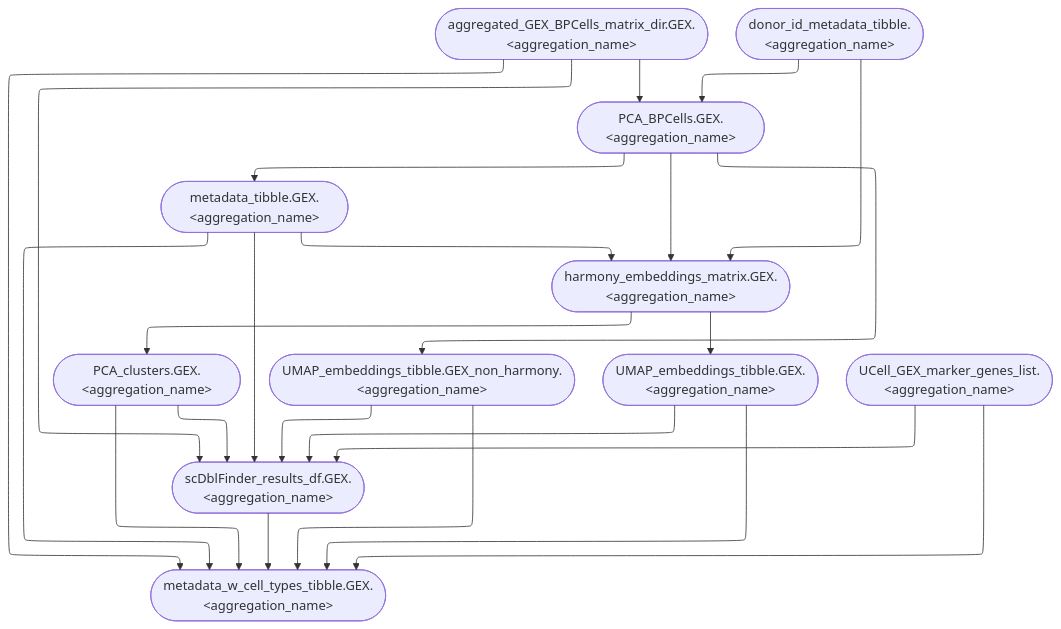
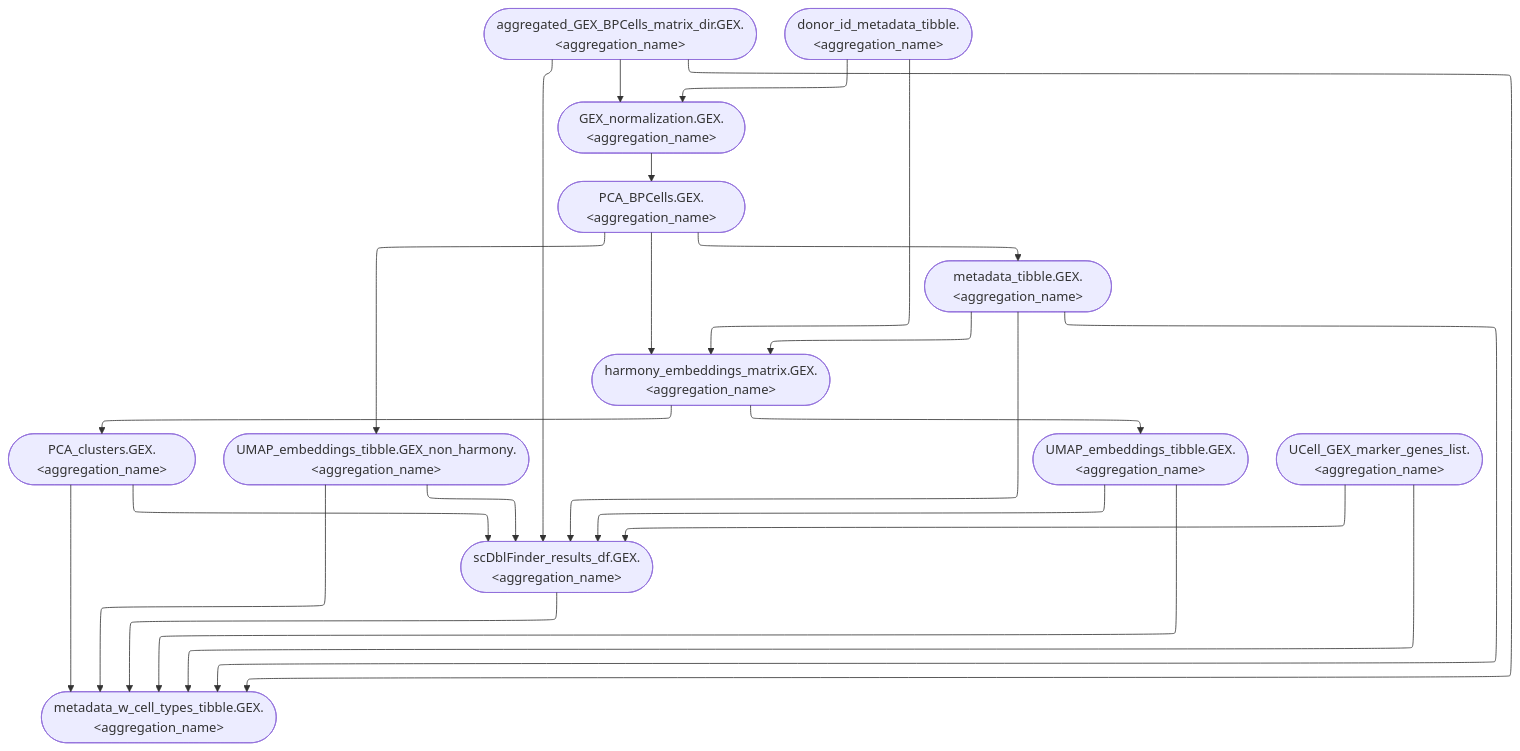
One commit to koefoeden/multiomeR changed the diagram in website/figures/human_curated/GEX_v2.mmd. Above: the diagram before and after it, drawn with Mermaid. The commit also changed 116 other files, not shown here.

First line of the commit message:
Refresh the manual's demo outputs, gallery and graphs after the methods fixes

```diff
--- a/website/figures/human_curated/GEX_v2.mmd
+++ b/website/figures/human_curated/GEX_v2.mmd
@@ -1,24 +1,25 @@
 %%{init: {'flowchart': {'defaultRenderer': 'elk'}}}%%
 flowchart TB
   PCA_BPCells.GEX.ENCODE_heart_LV_6x(["PCA_BPCells.GEX.&lt;aggregation_name&gt;"]):::none --> harmony_embeddings_matrix.GEX.ENCODE_heart_LV_6x(["harmony_embeddings_matrix.GEX.&lt;aggregation_name&gt;"]):::none
   PCA_BPCells.GEX.ENCODE_heart_LV_6x(["PCA_BPCells.GEX.&lt;aggregation_name&gt;"]):::none --> metadata_tibble.GEX.ENCODE_heart_LV_6x(["metadata_tibble.GEX.&lt;aggregation_name&gt;"]):::none
   scDblFinder_results_df.GEX.ENCODE_heart_LV_6x(["scDblFinder_results_df.GEX.&lt;aggregation_name&gt;"]):::none --> metadata_w_cell_types_tibble.GEX.ENCODE_heart_LV_6x(["metadata_w_cell_types_tibble.GEX.&lt;aggregation_name&gt;"]):::none
+  GEX_normalization.GEX.ENCODE_heart_LV_6x(["GEX_normalization.GEX.&lt;aggregation_name&gt;"]):::none --> PCA_BPCells.GEX.ENCODE_heart_LV_6x(["PCA_BPCells.GEX.&lt;aggregation_name&gt;"]):::none
   harmony_embeddings_matrix.GEX.ENCODE_heart_LV_6x(["harmony_embeddings_matrix.GEX.&lt;aggregation_name&gt;"]):::none --> PCA_clusters.GEX.ENCODE_heart_LV_6x(["PCA_clusters.GEX.&lt;aggregation_name&gt;"]):::none
   PCA_BPCells.GEX.ENCODE_heart_LV_6x(["PCA_BPCells.GEX.&lt;aggregation_name&gt;"]):::none --> UMAP_embeddings_tibble.GEX_non_harmony.ENCODE_heart_LV_6x(["UMAP_embeddings_tibble.GEX_non_harmony.&lt;aggregation_name&gt;"]):::none
   harmony_embeddings_matrix.GEX.ENCODE_heart_LV_6x(["harmony_embeddings_matrix.GEX.&lt;aggregation_name&gt;"]):::none --> UMAP_embeddings_tibble.GEX.ENCODE_heart_LV_6x(["UMAP_embeddings_tibble.GEX.&lt;aggregation_name&gt;"]):::none
-  aggregated_GEX_BPCells_matrix_dir.GEX.ENCODE_heart_LV_6x(["aggregated_GEX_BPCells_matrix_dir.GEX.&lt;aggregation_name&gt;"]):::none --> PCA_BPCells.GEX.ENCODE_heart_LV_6x(["PCA_BPCells.GEX.&lt;aggregation_name&gt;"]):::none
+  aggregated_GEX_BPCells_matrix_dir.GEX.ENCODE_heart_LV_6x(["aggregated_GEX_BPCells_matrix_dir.GEX.&lt;aggregation_name&gt;"]):::none --> GEX_normalization.GEX.ENCODE_heart_LV_6x(["GEX_normalization.GEX.&lt;aggregation_name&gt;"]):::none
   aggregated_GEX_BPCells_matrix_dir.GEX.ENCODE_heart_LV_6x(["aggregated_GEX_BPCells_matrix_dir.GEX.&lt;aggregation_name&gt;"]):::none --> scDblFinder_results_df.GEX.ENCODE_heart_LV_6x(["scDblFinder_results_df.GEX.&lt;aggregation_name&gt;"]):::none
   aggregated_GEX_BPCells_matrix_dir.GEX.ENCODE_heart_LV_6x(["aggregated_GEX_BPCells_matrix_dir.GEX.&lt;aggregation_name&gt;"]):::none --> metadata_w_cell_types_tibble.GEX.ENCODE_heart_LV_6x(["metadata_w_cell_types_tibble.GEX.&lt;aggregation_name&gt;"]):::none
   UCell_GEX_marker_genes_list.ENCODE_heart_LV_6x(["UCell_GEX_marker_genes_list.&lt;aggregation_name&gt;"]):::none --> metadata_w_cell_types_tibble.GEX.ENCODE_heart_LV_6x(["metadata_w_cell_types_tibble.GEX.&lt;aggregation_name&gt;"]):::none
+  PCA_clusters.GEX.ENCODE_heart_LV_6x(["PCA_clusters.GEX.&lt;aggregation_name&gt;"]):::none --> metadata_w_cell_types_tibble.GEX.ENCODE_heart_LV_6x(["metadata_w_cell_types_tibble.GEX.&lt;aggregation_name&gt;"]):::none
   UMAP_embeddings_tibble.GEX.ENCODE_heart_LV_6x(["UMAP_embeddings_tibble.GEX.&lt;aggregation_name&gt;"]):::none --> metadata_w_cell_types_tibble.GEX.ENCODE_heart_LV_6x(["metadata_w_cell_types_tibble.GEX.&lt;aggregation_name&gt;"]):::none
-  PCA_clusters.GEX.ENCODE_heart_LV_6x(["PCA_clusters.GEX.&lt;aggregation_name&gt;"]):::none --> metadata_w_cell_types_tibble.GEX.ENCODE_heart_LV_6x(["metadata_w_cell_types_tibble.GEX.&lt;aggregation_name&gt;"]):::none
+  metadata_tibble.GEX.ENCODE_heart_LV_6x(["metadata_tibble.GEX.&lt;aggregation_name&gt;"]):::none --> metadata_w_cell_types_tibble.GEX.ENCODE_heart_LV_6x(["metadata_w_cell_types_tibble.GEX.&lt;aggregation_name&gt;"]):::none
   UMAP_embeddings_tibble.GEX_non_harmony.ENCODE_heart_LV_6x(["UMAP_embeddings_tibble.GEX_non_harmony.&lt;aggregation_name&gt;"]):::none --> metadata_w_cell_types_tibble.GEX.ENCODE_heart_LV_6x(["metadata_w_cell_types_tibble.GEX.&lt;aggregation_name&gt;"]):::none
-  metadata_tibble.GEX.ENCODE_heart_LV_6x(["metadata_tibble.GEX.&lt;aggregation_name&gt;"]):::none --> metadata_w_cell_types_tibble.GEX.ENCODE_heart_LV_6x(["metadata_w_cell_types_tibble.GEX.&lt;aggregation_name&gt;"]):::none
   UCell_GEX_marker_genes_list.ENCODE_heart_LV_6x(["UCell_GEX_marker_genes_list.&lt;aggregation_name&gt;"]):::none --> scDblFinder_results_df.GEX.ENCODE_heart_LV_6x(["scDblFinder_results_df.GEX.&lt;aggregation_name&gt;"]):::none
+  PCA_clusters.GEX.ENCODE_heart_LV_6x(["PCA_clusters.GEX.&lt;aggregation_name&gt;"]):::none --> scDblFinder_results_df.GEX.ENCODE_heart_LV_6x(["scDblFinder_results_df.GEX.&lt;aggregation_name&gt;"]):::none
   UMAP_embeddings_tibble.GEX.ENCODE_heart_LV_6x(["UMAP_embeddings_tibble.GEX.&lt;aggregation_name&gt;"]):::none --> scDblFinder_results_df.GEX.ENCODE_heart_LV_6x(["scDblFinder_results_df.GEX.&lt;aggregation_name&gt;"]):::none
-  PCA_clusters.GEX.ENCODE_heart_LV_6x(["PCA_clusters.GEX.&lt;aggregation_name&gt;"]):::none --> scDblFinder_results_df.GEX.ENCODE_heart_LV_6x(["scDblFinder_results_df.GEX.&lt;aggregation_name&gt;"]):::none
+  metadata_tibble.GEX.ENCODE_heart_LV_6x(["metadata_tibble.GEX.&lt;aggregation_name&gt;"]):::none --> scDblFinder_results_df.GEX.ENCODE_heart_LV_6x(["scDblFinder_results_df.GEX.&lt;aggregation_name&gt;"]):::none
   UMAP_embeddings_tibble.GEX_non_harmony.ENCODE_heart_LV_6x(["UMAP_embeddings_tibble.GEX_non_harmony.&lt;aggregation_name&gt;"]):::none --> scDblFinder_results_df.GEX.ENCODE_heart_LV_6x(["scDblFinder_results_df.GEX.&lt;aggregation_name&gt;"]):::none
-  metadata_tibble.GEX.ENCODE_heart_LV_6x(["metadata_tibble.GEX.&lt;aggregation_name&gt;"]):::none --> scDblFinder_results_df.GEX.ENCODE_heart_LV_6x(["scDblFinder_results_df.GEX.&lt;aggregation_name&gt;"]):::none
   donor_id_metadata_tibble.ENCODE_heart_LV_6x(["donor_id_metadata_tibble.&lt;aggregation_name&gt;"]):::none --> harmony_embeddings_matrix.GEX.ENCODE_heart_LV_6x(["harmony_embeddings_matrix.GEX.&lt;aggregation_name&gt;"]):::none
-  donor_id_metadata_tibble.ENCODE_heart_LV_6x(["donor_id_metadata_tibble.&lt;aggregation_name&gt;"]):::none --> PCA_BPCells.GEX.ENCODE_heart_LV_6x(["PCA_BPCells.GEX.&lt;aggregation_name&gt;"]):::none
+  donor_id_metadata_tibble.ENCODE_heart_LV_6x(["donor_id_metadata_tibble.&lt;aggregation_name&gt;"]):::none --> GEX_normalization.GEX.ENCODE_heart_LV_6x(["GEX_normalization.GEX.&lt;aggregation_name&gt;"]):::none
   metadata_tibble.GEX.ENCODE_heart_LV_6x(["metadata_tibble.GEX.&lt;aggregation_name&gt;"]):::none --> harmony_embeddings_matrix.GEX.ENCODE_heart_LV_6x(["harmony_embeddings_matrix.GEX.&lt;aggregation_name&gt;"]):::none
```
